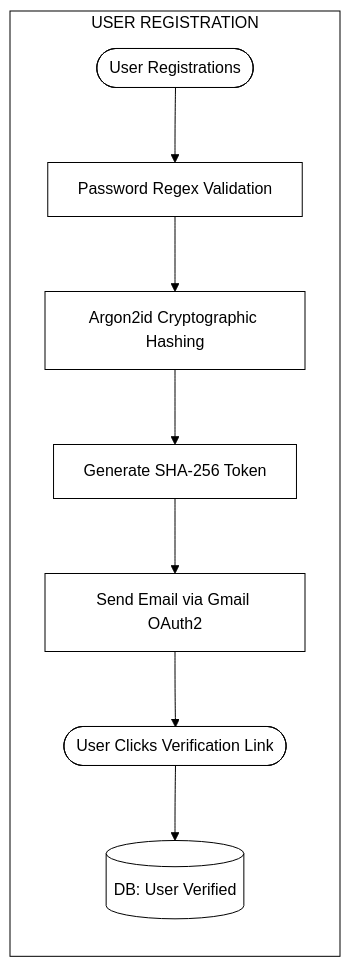
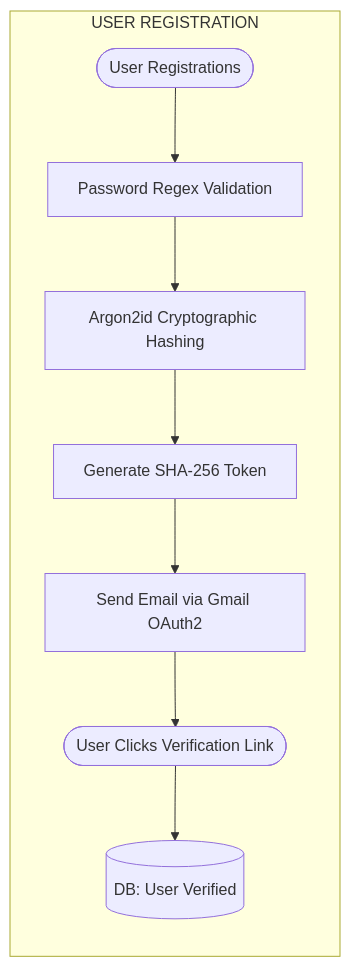
The first of 4 diagrams in README.md (noelmarior/arivagam-cloud-rag), drawn with Mermaid before and after one commit. The commit also changed other lines of this file, not shown here.

````diff
--- a/README.md
+++ b/README.md
@@ -85,13 +85,12 @@
 ```mermaid
-%%{init: {'theme': 'base', 'themeVariables': { 'background': '#ffffff', 'primaryColor': '#ffffff', 'primaryTextColor': '#000000', 'primaryBorderColor': '#000000', 'lineColor': '#000000', 'textColor': '#000000', 'clusterBkg': '#ffffff', 'clusterBorder': '#000000'}}}%%
 flowchart LR
     %% User Registration
     subgraph Registration [USER REGISTRATION]
         R1([User Registrations]) --> R2[Password Regex Validation]
         R2 --> R3[Argon2id Cryptographic Hashing]
         R3 --> R4[Generate SHA-256 Token]
         R4 --> R5[Send Email via Gmail OAuth2]
         R5 --> R6([User Clicks Verification Link])
         R6 --> R7[(DB: User Verified)]
     end
 ```
````
